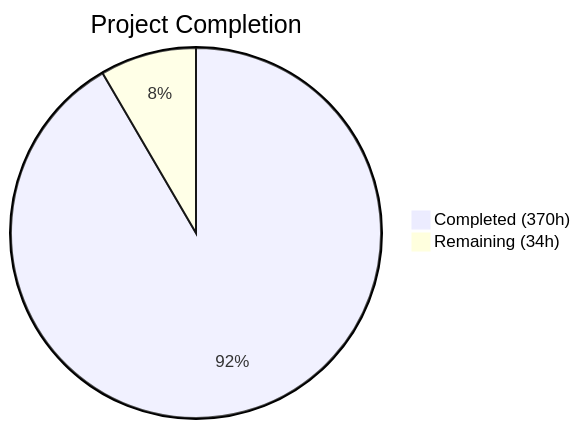
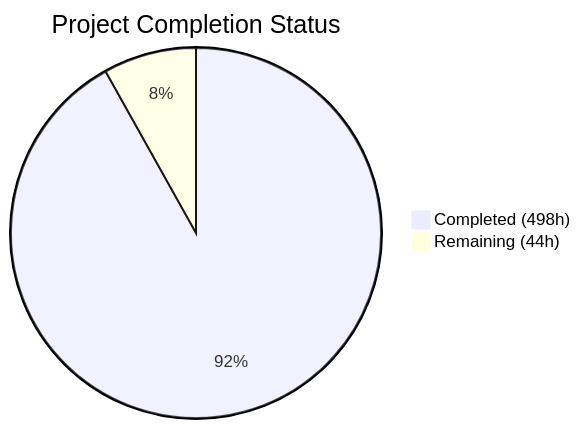
The first of 2 diagrams in blitzy/documentation/Project Guide.md (blitzy-public-samples/blitzy-claudes-c-compiler), drawn with Mermaid before and after one commit. The commit also changed other lines of this file, not shown here.

Commit message:
Adding Blitzy Project Guide: Project Status and Human Tasks Remaining

````diff
--- a/blitzy/documentation/Project Guide.md
+++ b/blitzy/documentation/Project Guide.md
@@ -13,5 +15,5 @@
 ```mermaid
-pie title Project Completion
-    "Completed (370h)" : 370
-    "Remaining (34h)" : 34
+pie title Project Completion Status
+    "Completed (498h)" : 498
+    "Remaining (44h)" : 44
 ```
````
